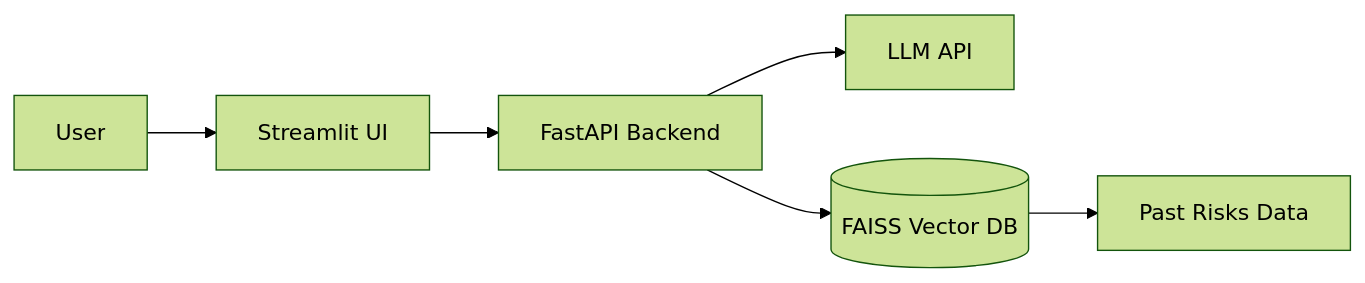
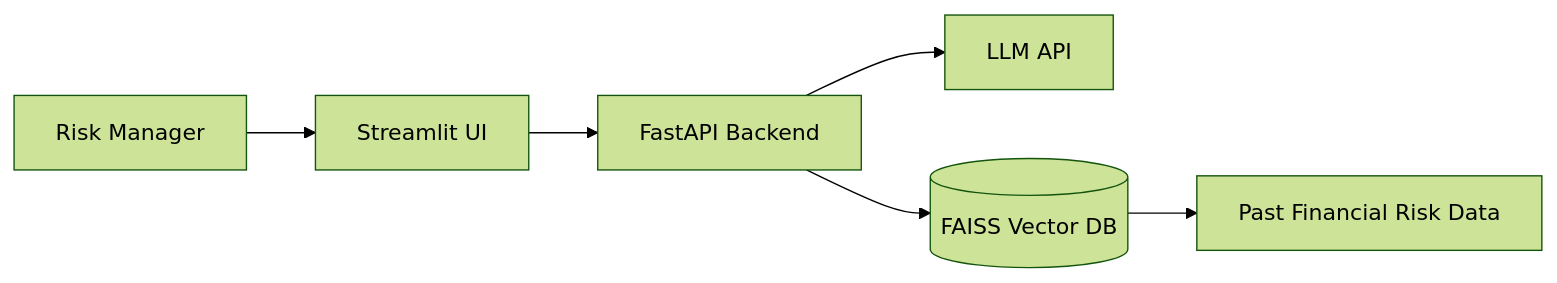
One commit to hershul12/ai-risk-issue-assistant changed the diagram in docs/architecture.md. Above: the diagram before and after it, drawn with Mermaid (forest theme). The commit also changed other lines of this file and 3 other files, not shown here.

Commit message:
Day 31: update project documentation for financial risk management domain

````diff
--- a/docs/architecture.md
+++ b/docs/architecture.md
@@ -3,8 +3,8 @@
 ```mermaid
 flowchart LR
-    U[User] --> S[Streamlit UI]
+    U[Risk Manager] --> S[Streamlit UI]
     S --> A[FastAPI Backend]
     A --> L[LLM API]
     A --> V[(FAISS Vector DB)]
-    V --> D[Past Risks Data]
+    V --> D[Past Financial Risk Data]
 ```
````
